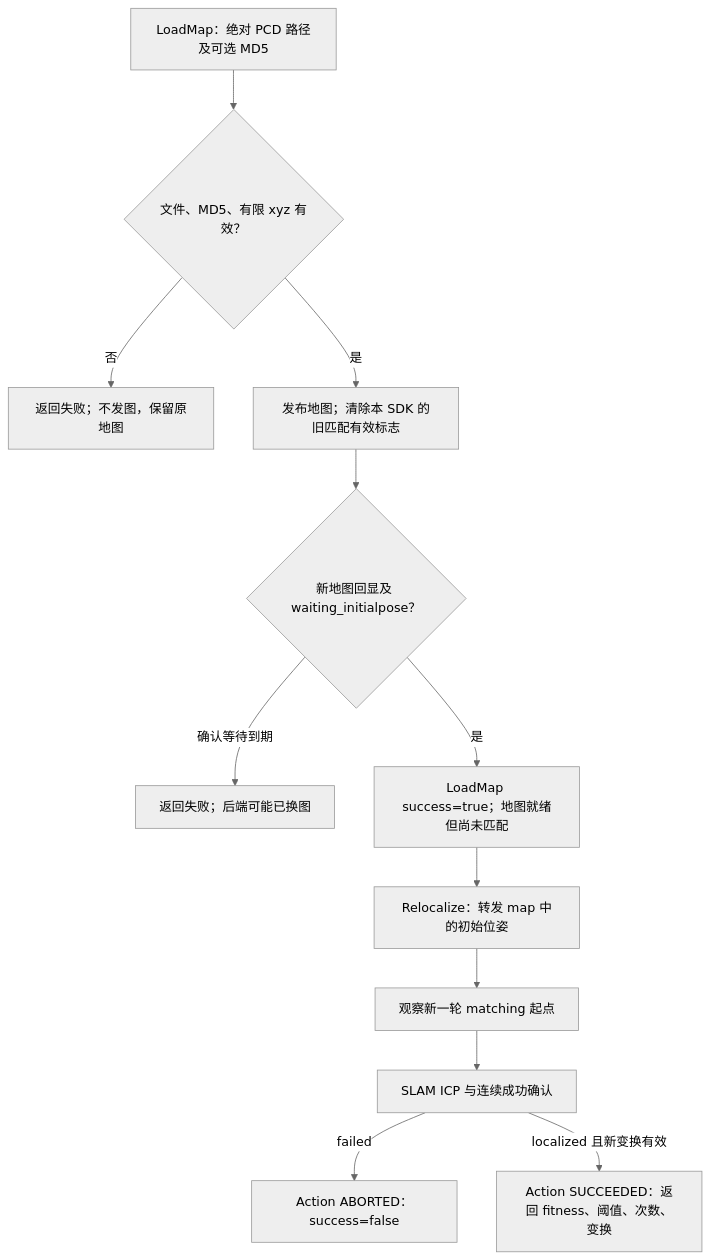
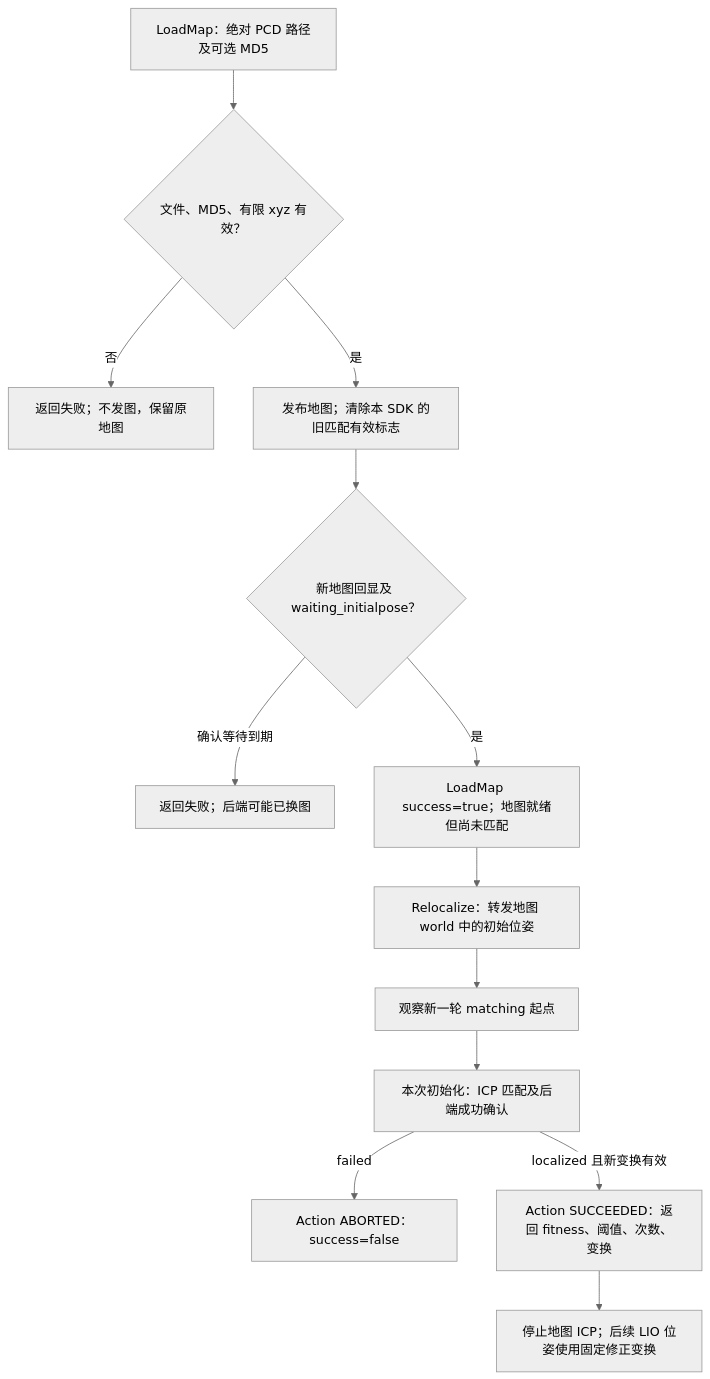
The diagram in docs/README_定位与点云加载.md (QGDuan/Spikive-Control-SDK), drawn with Mermaid (neutral theme) before and after one commit. The commit also changed other lines of this file and 19 other files, not shown here.

````diff
--- a/docs/README_定位与点云加载.md
+++ b/docs/README_定位与点云加载.md
@@ -36,14 +36,15 @@
 ```mermaid
 flowchart TD
   A[LoadMap：绝对 PCD 路径及可选 MD5] --> B{文件、MD5、有限 xyz 有效？}
   B -->|否| C[返回失败；不发图，保留原地图]
   B -->|是| D[发布地图；清除本 SDK 的旧匹配有效标志]
   D --> E{新地图回显及 waiting_initialpose？}
   E -->|确认等待到期| F[返回失败；后端可能已换图]
   E -->|是| G[LoadMap success=true；地图就绪但尚未匹配]
-  G --> H[Relocalize：转发 map 中的初始位姿]
+  G --> H[Relocalize：转发地图 world 中的初始位姿]
   H --> I[观察新一轮 matching 起点]
-  I --> J[SLAM ICP 与连续成功确认]
+  I --> J[本次初始化：ICP 匹配及后端成功确认]
   J -->|failed| K[Action ABORTED：success=false]
   J -->|localized 且新变换有效| L[Action SUCCEEDED：返回 fitness、阈值、次数、变换]
+  L --> M[停止地图 ICP；后续 LIO 位姿使用固定修正变换]
 ```
````
